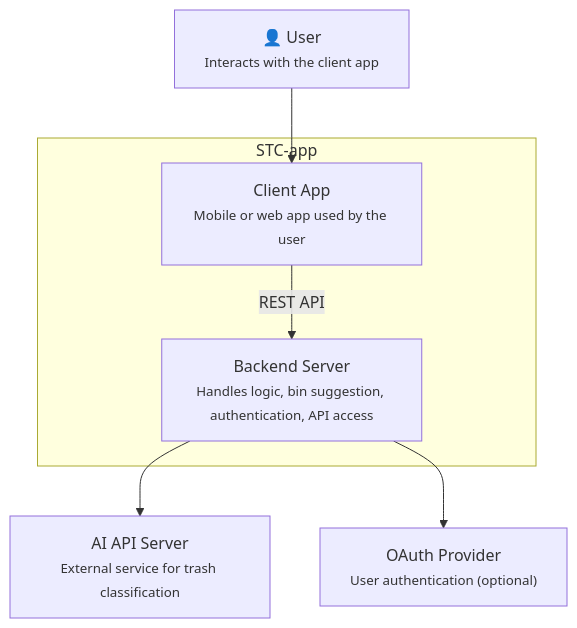
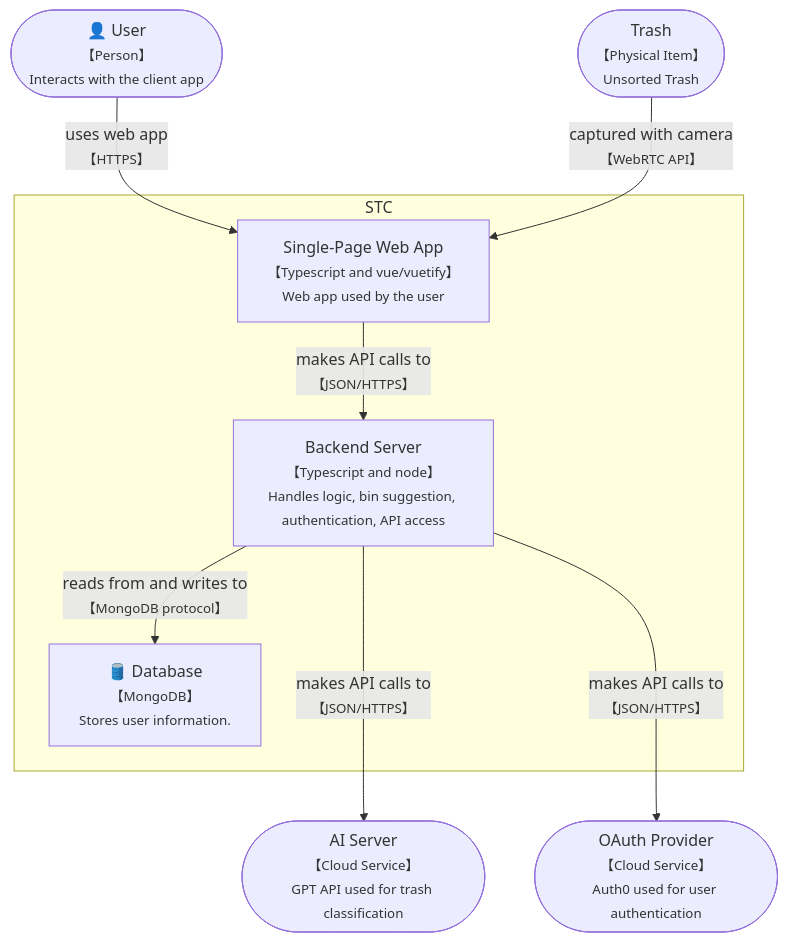
One commit to LeanSystemsLab/stc-app changed the second of 2 diagrams in docs/architecture.md. Above: the diagram before and after it, drawn with Mermaid. The commit also changed other lines of this file, not shown here.

Commit message:
Completed Container View

````diff
--- a/docs/architecture.md
+++ b/docs/architecture.md
@@ -89,23 +98,29 @@
 ```mermaid
-graph TD
+flowchart TD
     %% External Actors
-    user["👤 User<br/><small>Interacts with the client app</small>"]
-    serverAI["AI API Server<br/><small>External service for trash classification</small>"]
-    oauth["OAuth Provider<br/><small>User authentication (optional)</small>"]
+    user(["👤 User<br/><small>【Person】<br/>Interacts with the client app</small>"])
+    trash(["Trash<br/><small>【Physical Item】<br/>Unsorted Trash</small>"])
+    oauth(["OAuth Provider<br/><small>【Cloud Service】<br/>Auth0 used for user authentication</small>"])
+    serverAI(["AI Server<br/><small>【Cloud Service】<br/>GPT API used for trash classification</small>"])
 
     %% Internal Containers
-    client["Client App<br/><small>Mobile or web app used by the user</small>"]
-    backend["Backend Server<br/><small>Handles logic, bin suggestion, authentication, API access</small>"]
+    client["Single-Page Web App<br/><small>【Typescript and vue/vuetify】<br/>Web app used by the user</small>"]
+    db["🛢️ Database<br/><small>【MongoDB】<br/>Stores user information.</small>"]
 
-    %% Grouping: STC-app
-    subgraph STC-app
+    backend["Backend Server<br/><small>【Typescript and node】<br/>Handles logic, bin suggestion, authentication, API access</small>"]
+    
+    %% Grouping: STC
+    subgraph STC
         client
         backend
+        db
     end
 
     %% Relationships
-    user --> client
-    client -->|REST API| backend
-    backend --> serverAI
-    backend --> oauth
+    user --> | uses web app<br/><small>【HTTPS】</small>| client
+    client --> | makes API calls to<br/><small>【JSON/HTTPS】</small>| backend
+    trash --> | captured with camera<br/><small>【WebRTC API】</small> |client
+    backend --> | reads from and writes to<br/><small>【MongoDB protocol】</small> | db
+    backend ---> | makes API calls to<br/><small>【JSON/HTTPS】</small> | serverAI
+    backend ---> | makes API calls to<br/><small>【JSON/HTTPS】</small> | oauth
 ```
````
